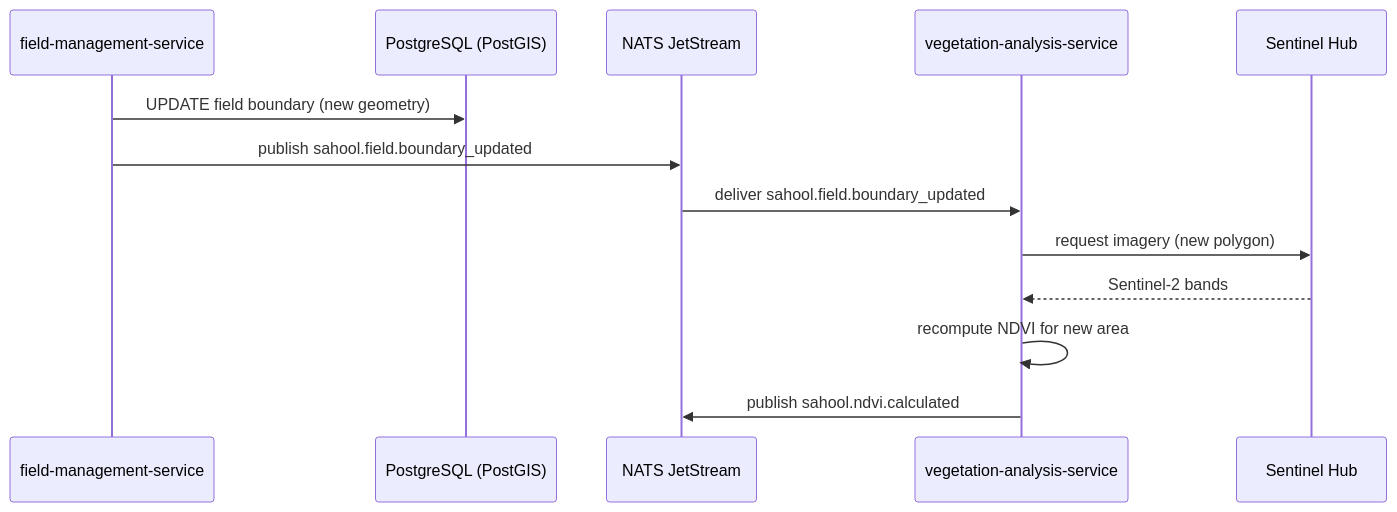
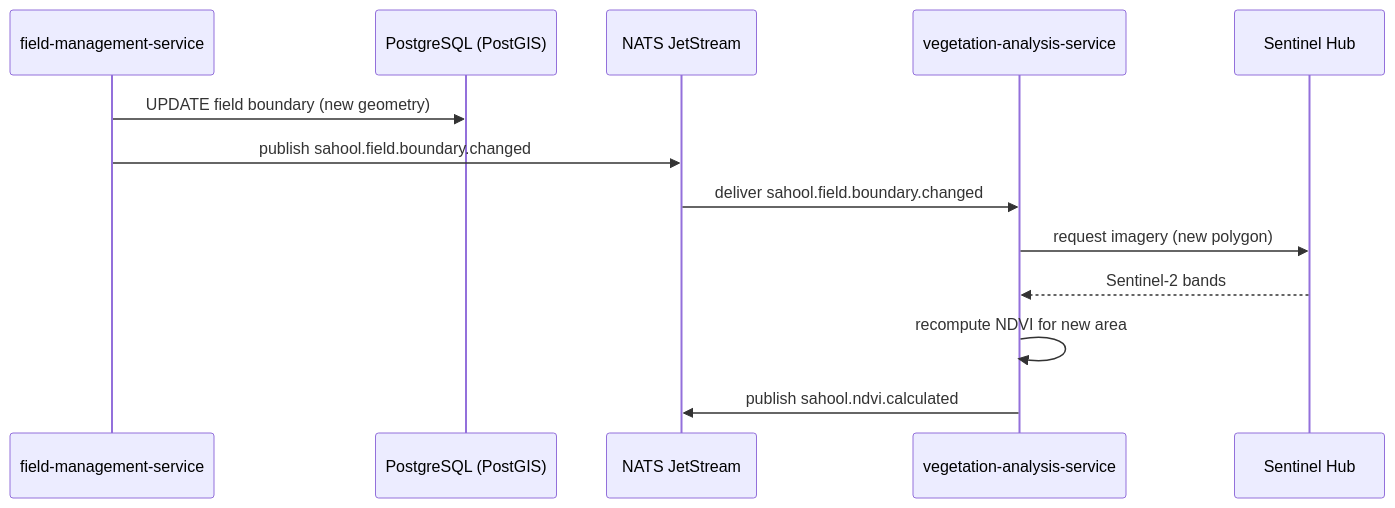
The diagram in idp/eventcatalog/flows/field-boundary-update/index.md (kafaat/sahool-unified-v15-idp), drawn with Mermaid before and after one commit. The commit also changed other lines of this file and 3 other files, not shown here.

````diff
--- a/idp/eventcatalog/flows/field-boundary-update/index.md
+++ b/idp/eventcatalog/flows/field-boundary-update/index.md
@@ -20,16 +20,16 @@
 ```mermaid
 sequenceDiagram
     participant FMS as field-management-service
     participant PG as PostgreSQL (PostGIS)
     participant NATS as NATS JetStream
     participant VAS as vegetation-analysis-service
     participant SH as Sentinel Hub
 
     FMS->>PG: UPDATE field boundary (new geometry)
-    FMS->>NATS: publish sahool.field.boundary_updated
-    NATS->>VAS: deliver sahool.field.boundary_updated
+    FMS->>NATS: publish sahool.field.boundary.changed
+    NATS->>VAS: deliver sahool.field.boundary.changed
     VAS->>SH: request imagery (new polygon)
     SH-->>VAS: Sentinel-2 bands
     VAS->>VAS: recompute NDVI for new area
     VAS->>NATS: publish sahool.ndvi.calculated
 ```
````
